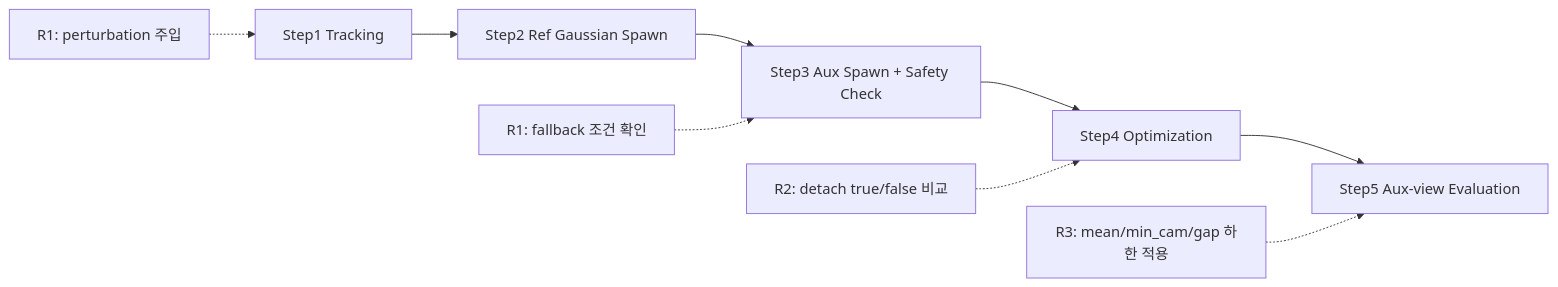
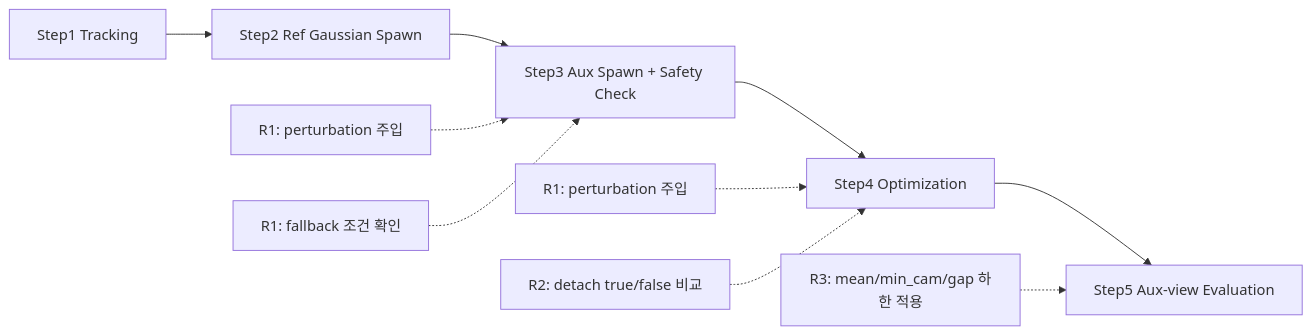
One commit to kyowon1108/gsplat-onthefly-nvs-study changed the diagram in daily_docs/260216-ontheflynvs_rig_constraint_process_update.md. Above: the diagram before and after it, drawn with Mermaid. The commit also changed other lines of this file, not shown here.

````diff
--- a/daily_docs/260216-ontheflynvs_rig_constraint_process_update.md
+++ b/daily_docs/260216-ontheflynvs_rig_constraint_process_update.md
@@ -41,8 +43,9 @@
 ```mermaid
 flowchart LR
     S1["Step1 Tracking"] --> S2["Step2 Ref Gaussian Spawn"] --> S3["Step3 Aux Spawn + Safety Check"] --> S4["Step4 Optimization"] --> S5["Step5 Aux-view Evaluation"]
-    R1["R1: perturbation 주입"] -.-> S1
+    R1["R1: perturbation 주입"] -.-> S3
+    R1c["R1: perturbation 주입"] -.-> S4
     R1b["R1: fallback 조건 확인"] -.-> S3
     R2["R2: detach true/false 비교"] -.-> S4
     R3["R3: mean/min_cam/gap 하한 적용"] -.-> S5
 ```
````
